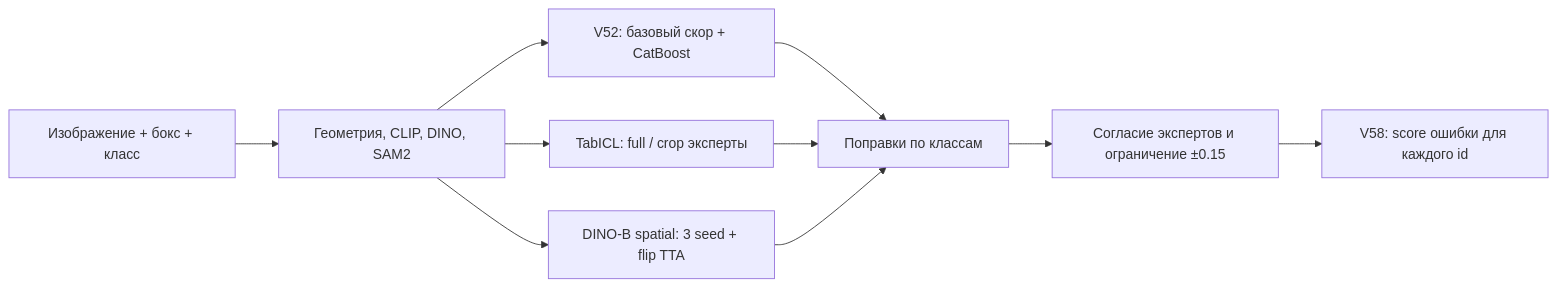
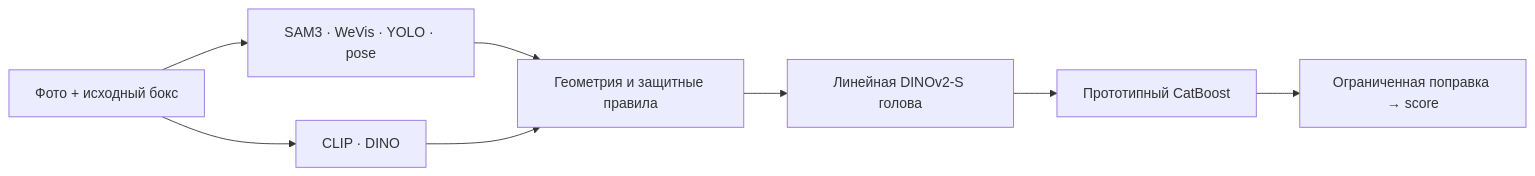
Before and after one commit to magaoutside/johny-makbobins-family: the diagram in README.md, drawn with Mermaid. The commit also changed other lines of this file and 770 other files, not shown here.

````diff
--- a/README.md
+++ b/README.md
@@ -34,12 +70,10 @@
 ```mermaid
 flowchart LR
-    Q["Изображение + бокс + класс"] --> F["Геометрия, CLIP, DINO, SAM2"]
-    F --> B["V52: базовый скор + CatBoost"]
-    F --> T["TabICL: full / crop эксперты"]
-    F --> D["DINO-B spatial: 3 seed + flip TTA"]
-    B --> C["Поправки по классам"]
-    T --> C
-    D --> C
-    C --> G["Согласие экспертов и ограничение ±0.15"]
-    G --> S["V58: score ошибки для каждого id"]
+    A[Фото + исходный бокс] --> B[SAM3 · WeVis · YOLO · pose]
+    A --> C[CLIP · DINO]
+    B --> D[Геометрия и защитные правила]
+    C --> D
+    D --> E[Линейная DINOv2-S голова]
+    E --> F[Прототипный CatBoost]
+    F --> H[Ограниченная поправка → score]
 ```
````
